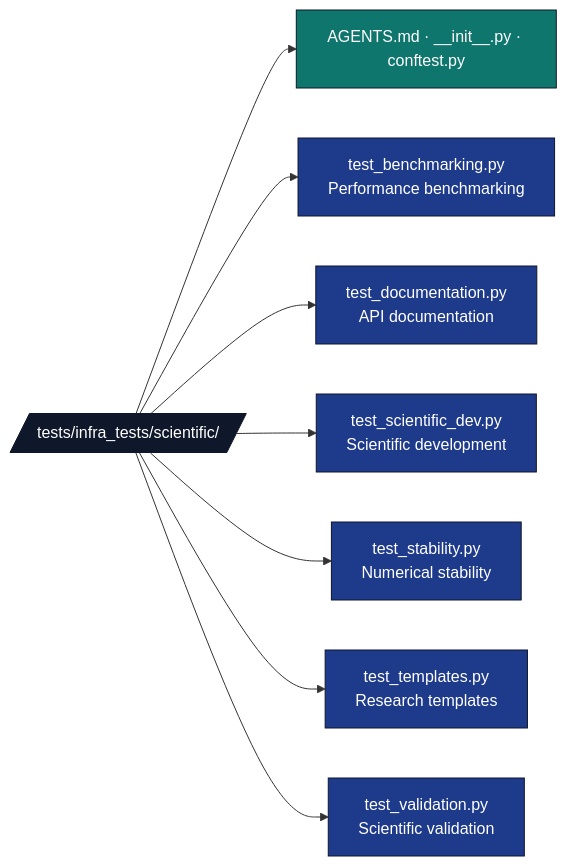
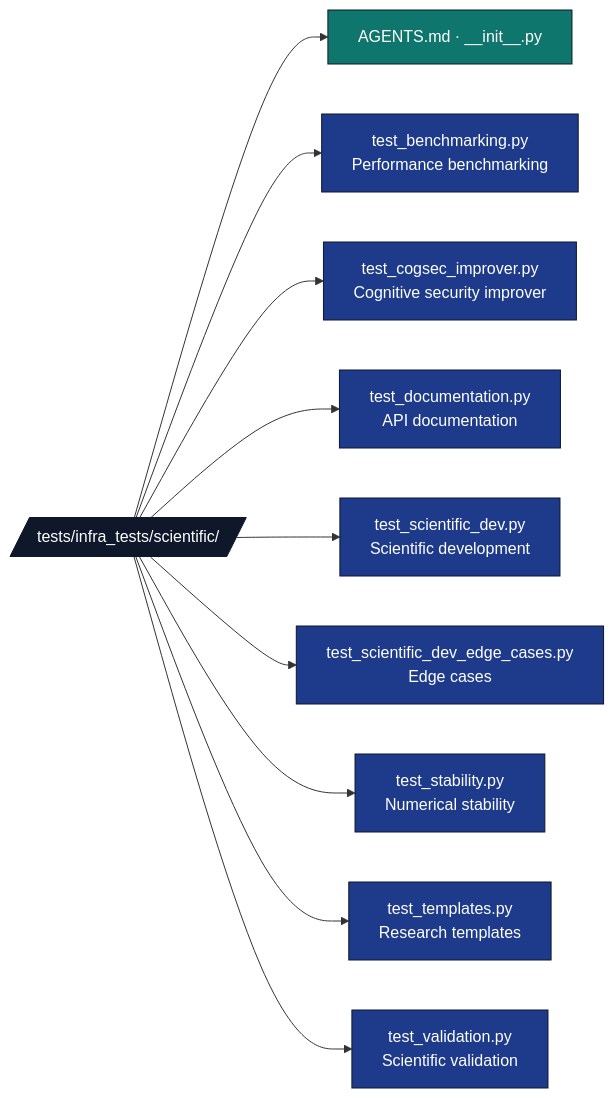
Before and after one commit to docxology/template: the diagram in tests/infra_tests/scientific/AGENTS.md, drawn with Mermaid. The commit also changed other lines of this file and 952 other files, not shown here.

````diff
--- a/tests/infra_tests/scientific/AGENTS.md
+++ b/tests/infra_tests/scientific/AGENTS.md
@@ -9,18 +9,20 @@
 ```mermaid
 flowchart LR
     T[/tests/infra_tests/scientific//]
-    T --> META[AGENTS.md · __init__.py · conftest.py]
+    T --> META[AGENTS.md · __init__.py]
     T --> BEN[test_benchmarking.py<br/>Performance benchmarking]
+    T --> COG[test_cogsec_improver.py<br/>Cognitive security improver]
     T --> DOC[test_documentation.py<br/>API documentation]
     T --> DEV[test_scientific_dev.py<br/>Scientific development]
+    T --> DEVE[test_scientific_dev_edge_cases.py<br/>Edge cases]
     T --> STAB[test_stability.py<br/>Numerical stability]
     T --> TPL[test_templates.py<br/>Research templates]
     T --> VAL[test_validation.py<br/>Scientific validation]
 
     classDef d fill:#0f172a,stroke:#0f172a,color:#fff
     classDef test fill:#1e3a8a,stroke:#0f172a,color:#fff
     classDef doc fill:#0f766e,stroke:#0f172a,color:#fff
     class T d
-    class BEN,DOC,DEV,STAB,TPL,VAL test
+    class BEN,COG,DOC,DEV,DEVE,STAB,TPL,VAL test
     class META doc
 ```
````
